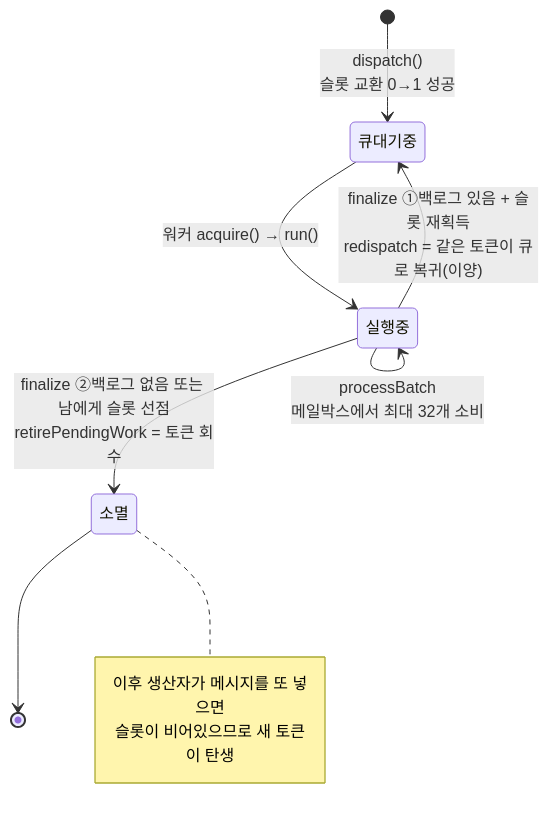
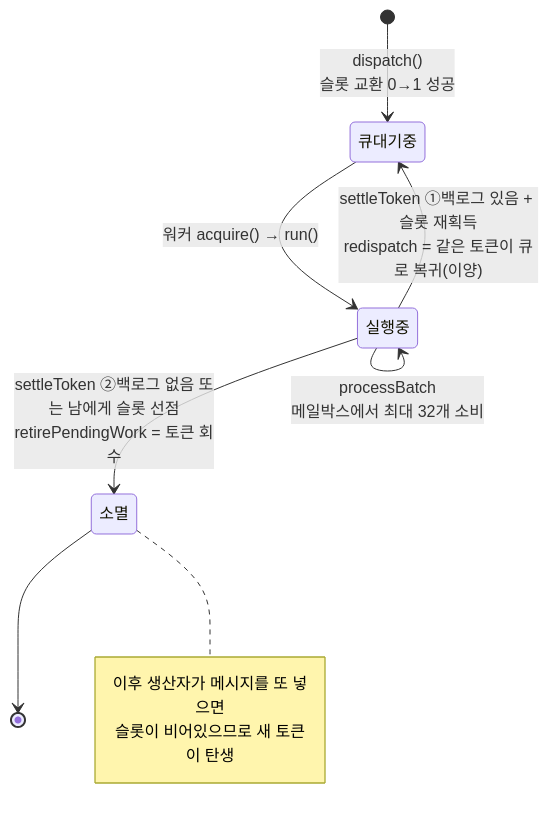
The first of 3 diagrams in docs/architecture/concepts/work_dispatch.md (shoenkh15324/V2-Engine), drawn with Mermaid before and after one commit. The commit also changed other lines of this file and 22 other files, not shown here.

````diff
--- a/docs/architecture/concepts/work_dispatch.md
+++ b/docs/architecture/concepts/work_dispatch.md
@@ -85,16 +85,16 @@
 ```mermaid
 stateDiagram-v2
     [*] --> 큐대기중 : dispatch()<br/>슬롯 교환 0→1 성공
     큐대기중 --> 실행중 : 워커 acquire() → run()
 
     실행중 --> 실행중 : processBatch<br/>메일박스에서 최대 32개 소비
 
-    실행중 --> 큐대기중 : finalize ①백로그 있음 + 슬롯 재획득<br/>redispatch = 같은 토큰이 큐로 복귀(이양)
-    실행중 --> 소멸 : finalize ②백로그 없음 또는 남에게 슬롯 선점<br/>retirePendingWork = 토큰 회수
+    실행중 --> 큐대기중 : settleToken ①백로그 있음 + 슬롯 재획득<br/>redispatch = 같은 토큰이 큐로 복귀(이양)
+    실행중 --> 소멸 : settleToken ②백로그 없음 또는 남에게 슬롯 선점<br/>retirePendingWork = 토큰 회수
 
     소멸 --> [*]
     note right of 소멸
       이후 생산자가 메시지를 또 넣으면
       슬롯이 비어있으므로 새 토큰이 탄생
     end note
 ```
````
